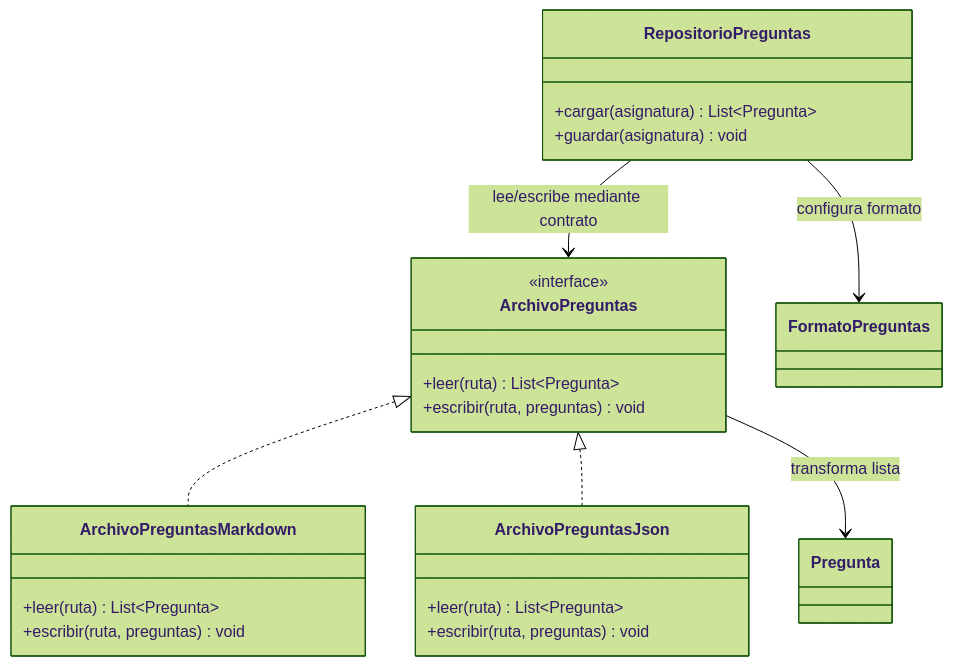
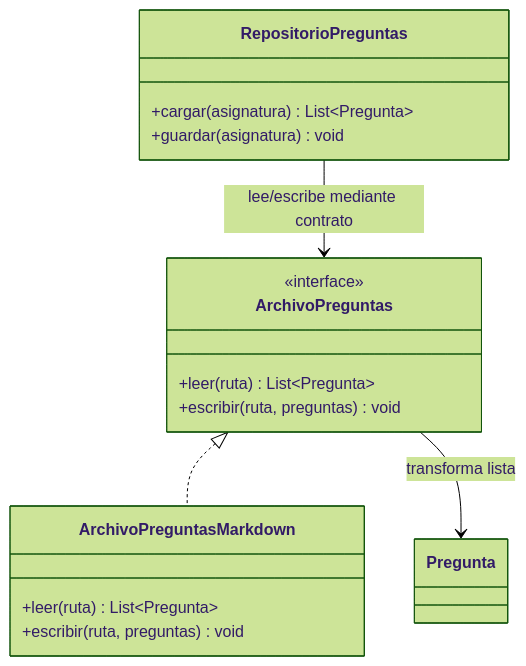
Diagram 24 of 25 in Wiki/MODELO.md (JulTob/Examinator), drawn with Mermaid (forest theme) before and after one commit. The commit also changed other lines of this file and 7 other files, not shown here.

````diff
--- a/Wiki/MODELO.md
+++ b/Wiki/MODELO.md
@@ -738,29 +727,22 @@
 ```mermaid
 classDiagram
     RepositorioPreguntas --> ArchivoPreguntas : lee/escribe mediante contrato
     ArchivoPreguntas <|.. ArchivoPreguntasMarkdown
-    ArchivoPreguntas <|.. ArchivoPreguntasJson
     ArchivoPreguntas --> Pregunta : transforma lista
-    RepositorioPreguntas --> FormatoPreguntas : configura formato
 
     class ArchivoPreguntas {
         <<interface>>
         +leer(ruta) List~Pregunta~
         +escribir(ruta, preguntas) void
     }
 
     class ArchivoPreguntasMarkdown {
         +leer(ruta) List~Pregunta~
         +escribir(ruta, preguntas) void
     }
 
-    class ArchivoPreguntasJson {
-        +leer(ruta) List~Pregunta~
-        +escribir(ruta, preguntas) void
-    }
-
     class RepositorioPreguntas {
         +cargar(asignatura) List~Pregunta~
         +guardar(asignatura) void
     }
 ```
````
